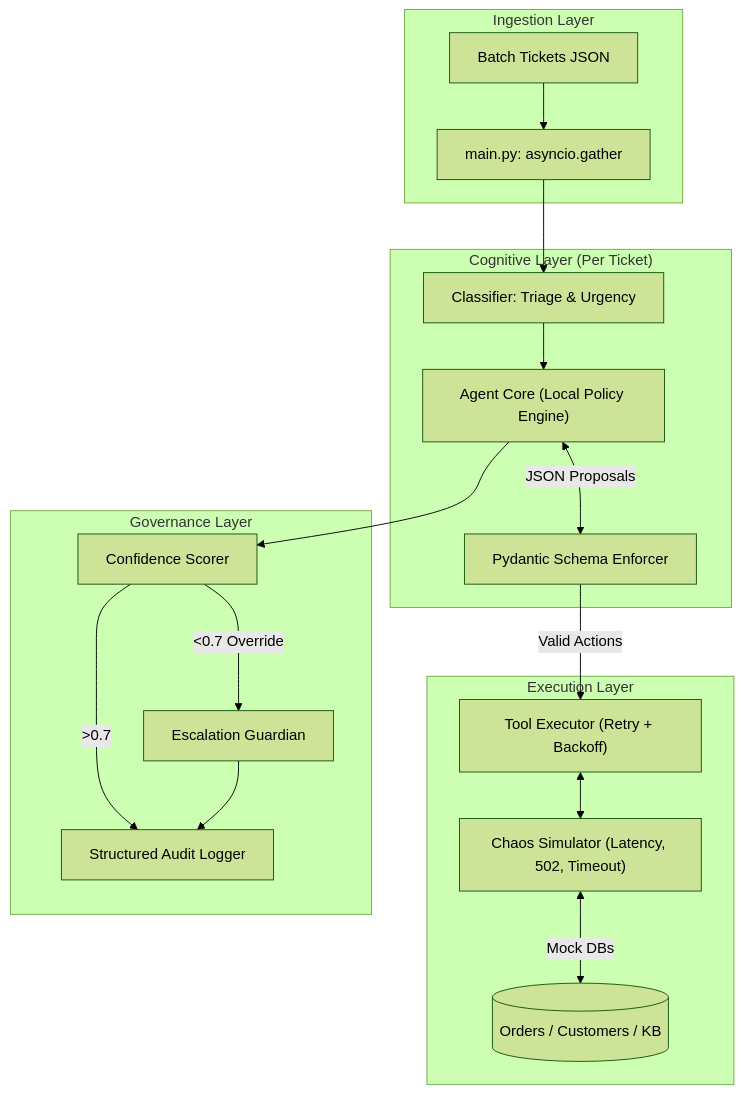
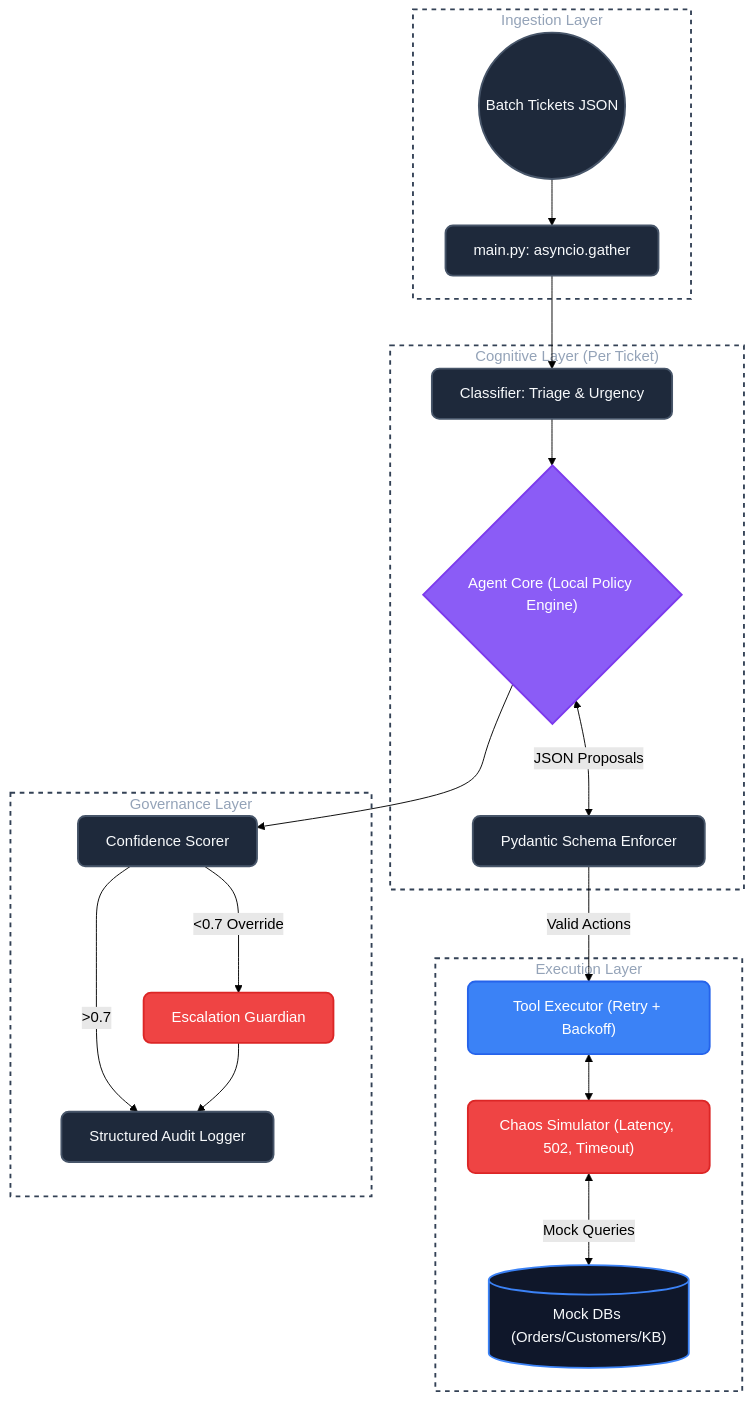
One commit to Kahan99/Tixora-AI changed the diagram in README.md. Above: the diagram before and after it, drawn with Mermaid (forest theme).

Commit message:
docs: enhance architecture diagram with Mermaid styling and node definitions

````diff
--- a/README.md
+++ b/README.md
@@ -11,30 +11,49 @@
 ```mermaid
 graph TD
-    subgraph "Ingestion Layer"
-        T[Batch Tickets JSON] --> M[main.py: asyncio.gather]
+    %% Styling Definitions
+    classDef default fill:#1e293b,stroke:#475569,stroke-width:2px,color:#f8fafc,rx:8px,ry:8px;
+    classDef layerBox fill:transparent,stroke:#334155,stroke-width:2px,stroke-dasharray: 5 5,color:#94a3b8;
+    classDef primary fill:#3b82f6,stroke:#2563eb,stroke-width:2px,color:#ffffff,rx:8px,ry:8px;
+    classDef danger fill:#ef4444,stroke:#dc2626,stroke-width:2px,color:#ffffff,rx:8px,ry:8px;
+    classDef database fill:#0f172a,stroke:#3b82f6,stroke-width:2px,color:#f8fafc;
+    classDef coreEngine fill:#8b5cf6,stroke:#7c3aed,stroke-width:2px,color:#ffffff,rx:8px,ry:8px;
+
+    %% Layers
+    subgraph IngestionLayer ["Ingestion Layer"]
+        T((Batch Tickets JSON)) --> M[main.py: asyncio.gather]
     end
-    subgraph "Cognitive Layer (Per Ticket)"
+
+    subgraph CognitiveLayer ["Cognitive Layer (Per Ticket)"]
         C[Classifier: Triage & Urgency]
-        A["Agent Core (Local Policy Engine)"]
+        A{"Agent Core (Local Policy Engine)"}:::coreEngine
         S[Pydantic Schema Enforcer]
+        
         M --> C
         C --> A
         A <-->|JSON Proposals| S
     end
-    subgraph "Execution Layer"
-        E["Tool Executor (Retry + Backoff)"]
-        F["Chaos Simulator (Latency, 502, Timeout)"]
+
+    subgraph ExecutionLayer ["Execution Layer"]
+        E["Tool Executor (Retry + Backoff)"]:::primary
+        F["Chaos Simulator (Latency, 502, Timeout)"]:::danger
+        DB[("Mock DBs (Orders/Customers/KB)")]:::database
+        
         S -->|Valid Actions| E
         E <--> F
-        F <-->|Mock DBs| DB[(Orders / Customers / KB)]
+        F <-->|Mock Queries| DB
     end
-    subgraph "Governance Layer"
+
+    subgraph GovernanceLayer ["Governance Layer"]
         G[Confidence Scorer]
-        H[Escalation Guardian]
+        H["Escalation Guardian"]:::danger
         L[Structured Audit Logger]
+        
         A --> G
         G -->|>0.7| L
         G -->|<0.7 Override| H
         H --> L
     end
+
+    %% Apply group styles
+    class IngestionLayer,CognitiveLayer,ExecutionLayer,GovernanceLayer layerBox;
 ```
````
